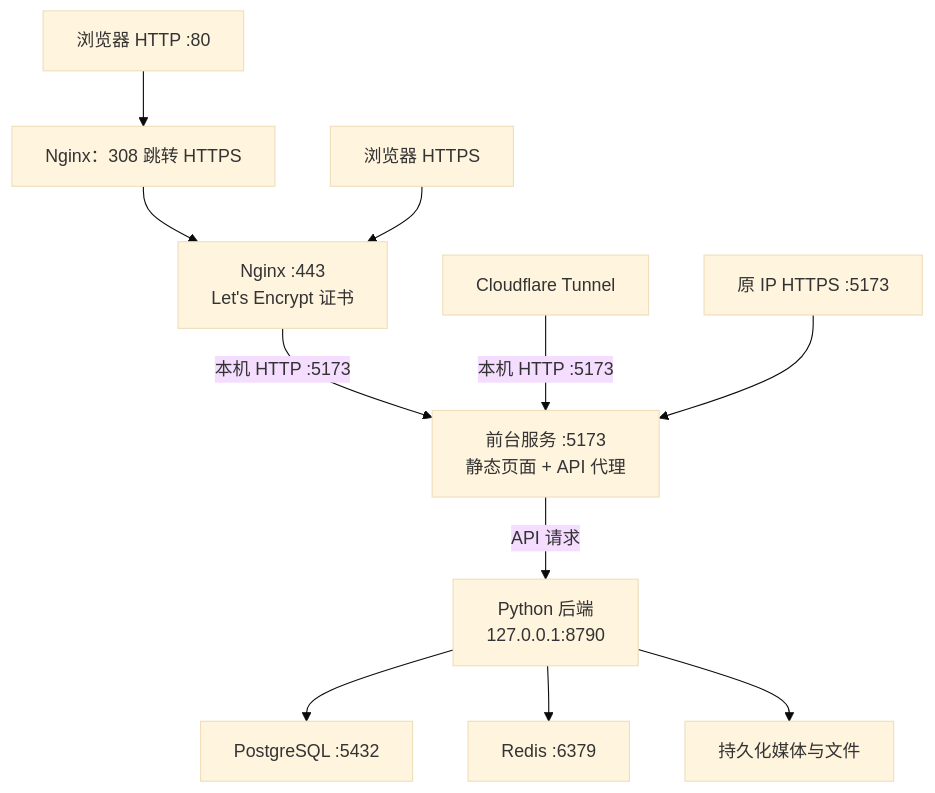
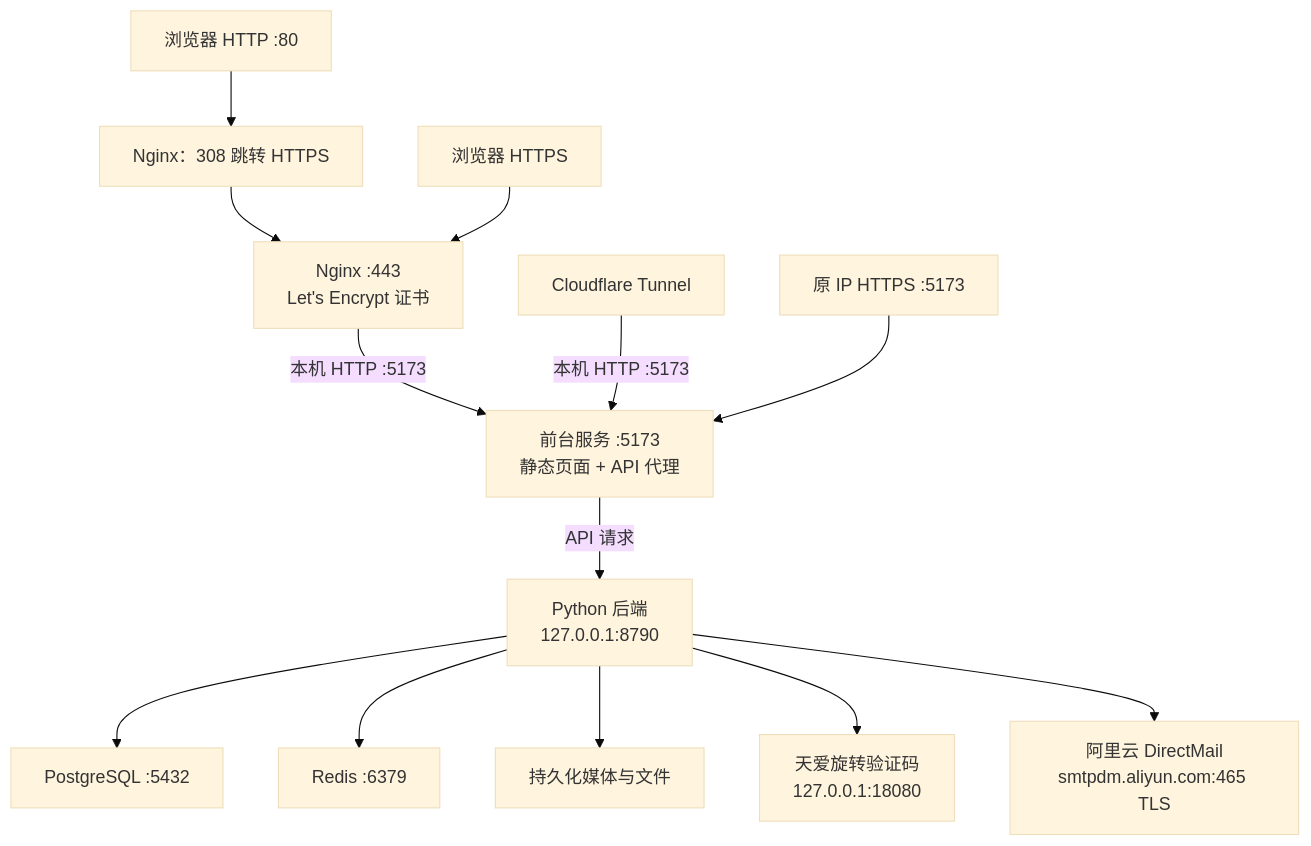
One commit to Elon-Lee/english-reader changed the diagram in AI_CONTEXT/tasks/platform-operations/DEPLOYMENT_ARCHITECTURE.md. Above: the diagram before and after it, drawn with Mermaid (base theme). The commit also changed other lines of this file and 47 other files, not shown here.

Commit message:
feat(auth): 接入可配置旋转验证码与 DirectMail 发信

````diff
--- a/AI_CONTEXT/tasks/platform-operations/DEPLOYMENT_ARCHITECTURE.md
+++ b/AI_CONTEXT/tasks/platform-operations/DEPLOYMENT_ARCHITECTURE.md
@@ -21,13 +23,15 @@
 ```mermaid
 flowchart TD
     A[浏览器 HTTP :80] --> B[Nginx：308 跳转 HTTPS]
     B --> C[Nginx :443<br/>Let's Encrypt 证书]
     D[浏览器 HTTPS] --> C
     C -->|本机 HTTP :5173| E[前台服务 :5173<br/>静态页面 + API 代理]
     F[Cloudflare Tunnel] -->|本机 HTTP :5173| E
     G[原 IP HTTPS :5173] --> E
     E -->|API 请求| H[Python 后端<br/>127.0.0.1:8790]
     H --> I[PostgreSQL :5432]
     H --> J[Redis :6379]
     H --> K[持久化媒体与文件]
+    H --> L[天爱旋转验证码<br/>127.0.0.1:18080]
+    H --> M[阿里云 DirectMail<br/>smtpdm.aliyun.com:465 TLS]
 ```
````
